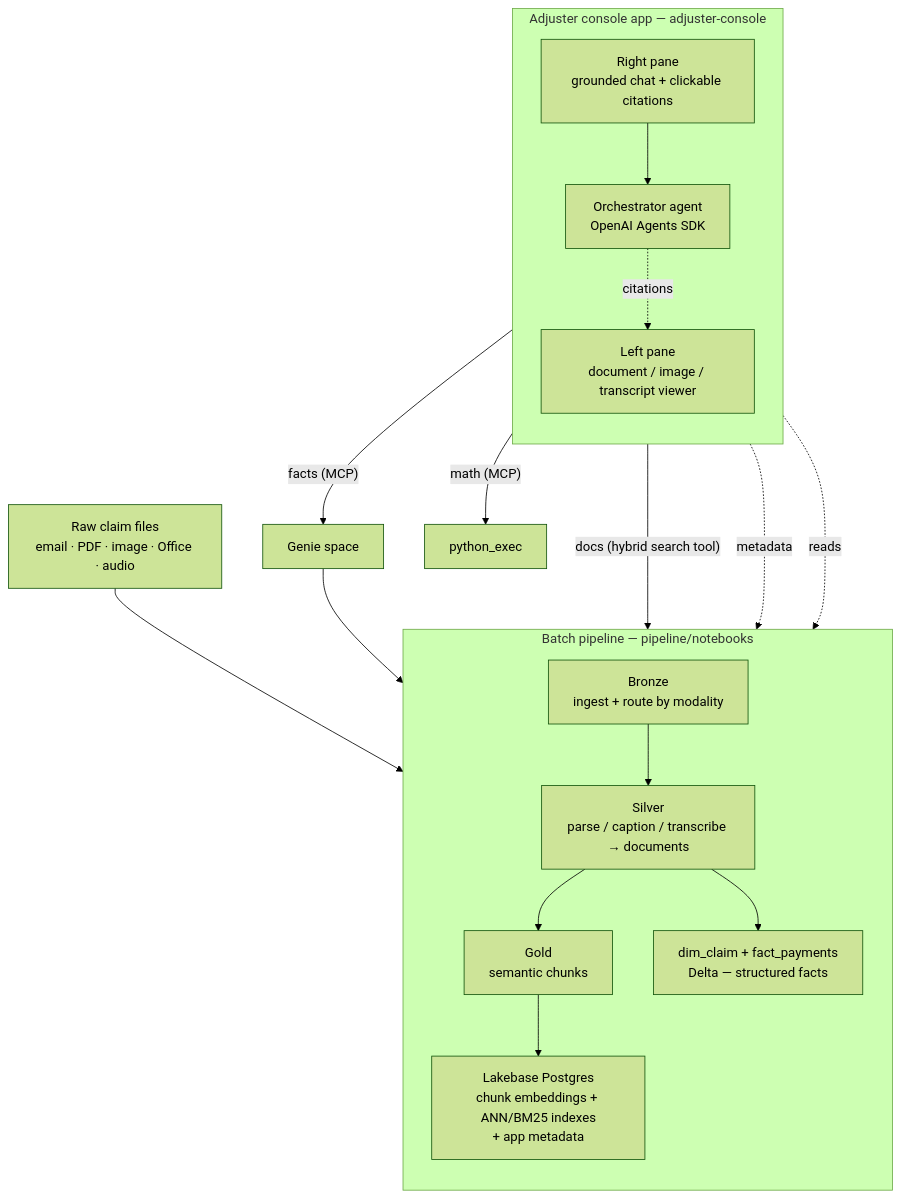
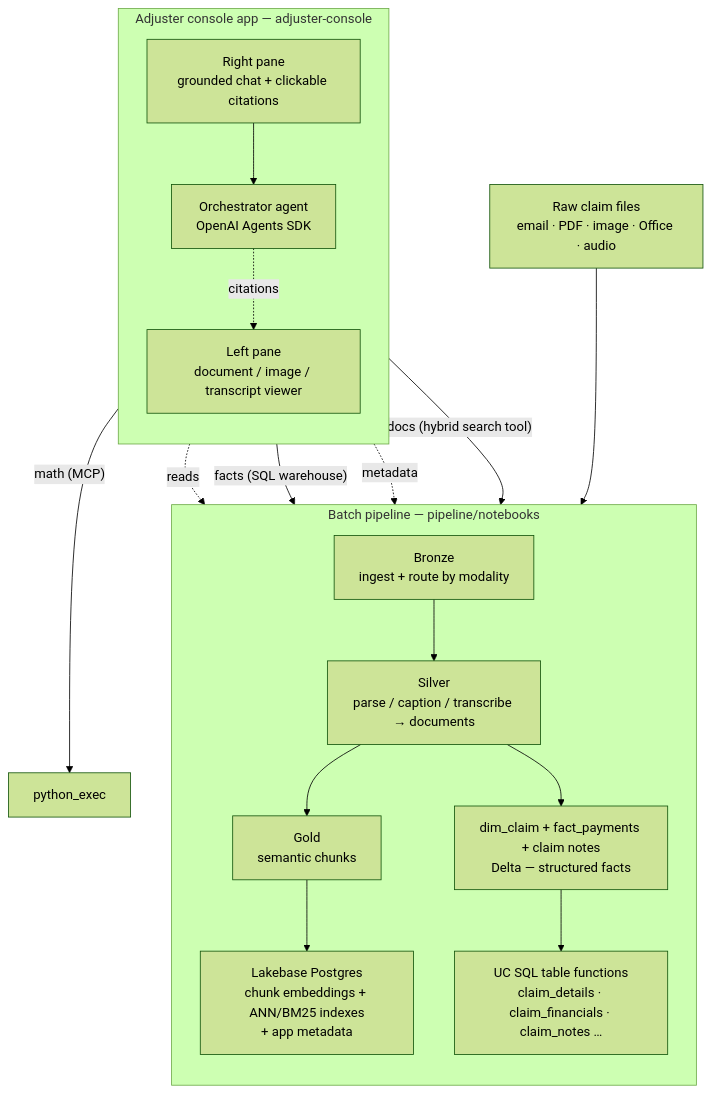
One commit to qian-yu-db/insurance-claim-knowledge-base changed the diagram in README.md. Above: the diagram before and after it, drawn with Mermaid (forest theme). The commit also changed other lines of this file and 13 other files, not shown here.

First line of the commit message:
v2: replace the Genie tool with fixed UC SQL table functions

````diff
--- a/README.md
+++ b/README.md
@@ -23,33 +23,33 @@
 ```mermaid
 flowchart TB
     RAW["Raw claim files<br/>email · PDF · image · Office · audio"]
 
     subgraph PIPE["Batch pipeline — pipeline/notebooks"]
         direction TB
         BRONZE["Bronze<br/>ingest + route by modality"]
         SILVER["Silver<br/>parse / caption / transcribe → documents"]
         GOLD["Gold<br/>semantic chunks"]
         VS["Lakebase Postgres<br/>chunk embeddings + ANN/BM25 indexes<br/>+ app metadata"]
-        FACTS["dim_claim + fact_payments<br/>Delta — structured facts"]
+        FACTS["dim_claim + fact_payments + claim notes<br/>Delta — structured facts"]
+        FNS["UC SQL table functions<br/>claim_details · claim_financials · claim_notes …"]
         BRONZE --> SILVER
         SILVER --> GOLD --> VS
-        SILVER --> FACTS
+        SILVER --> FACTS --> FNS
     end
 
     subgraph APP["Adjuster console app — adjuster-console"]
         direction TB
         CHAT["Right pane<br/>grounded chat + clickable citations"]
         ORCH["Orchestrator agent<br/>OpenAI Agents SDK"]
         VIEW["Left pane<br/>document / image / transcript viewer"]
         CHAT --> ORCH
         ORCH -. citations .-> VIEW
     end
 
     RAW --> BRONZE
     ORCH -->|"docs (hybrid search tool)"| VS
     VIEW -. metadata .-> VS
-    ORCH -->|"facts (MCP)"| GENIE["Genie space"]
-    GENIE --> FACTS
+    ORCH -->|"facts (SQL warehouse)"| FNS
     ORCH -->|"math (MCP)"| PY["python_exec"]
     VIEW -. reads .-> SILVER
 ```
````
